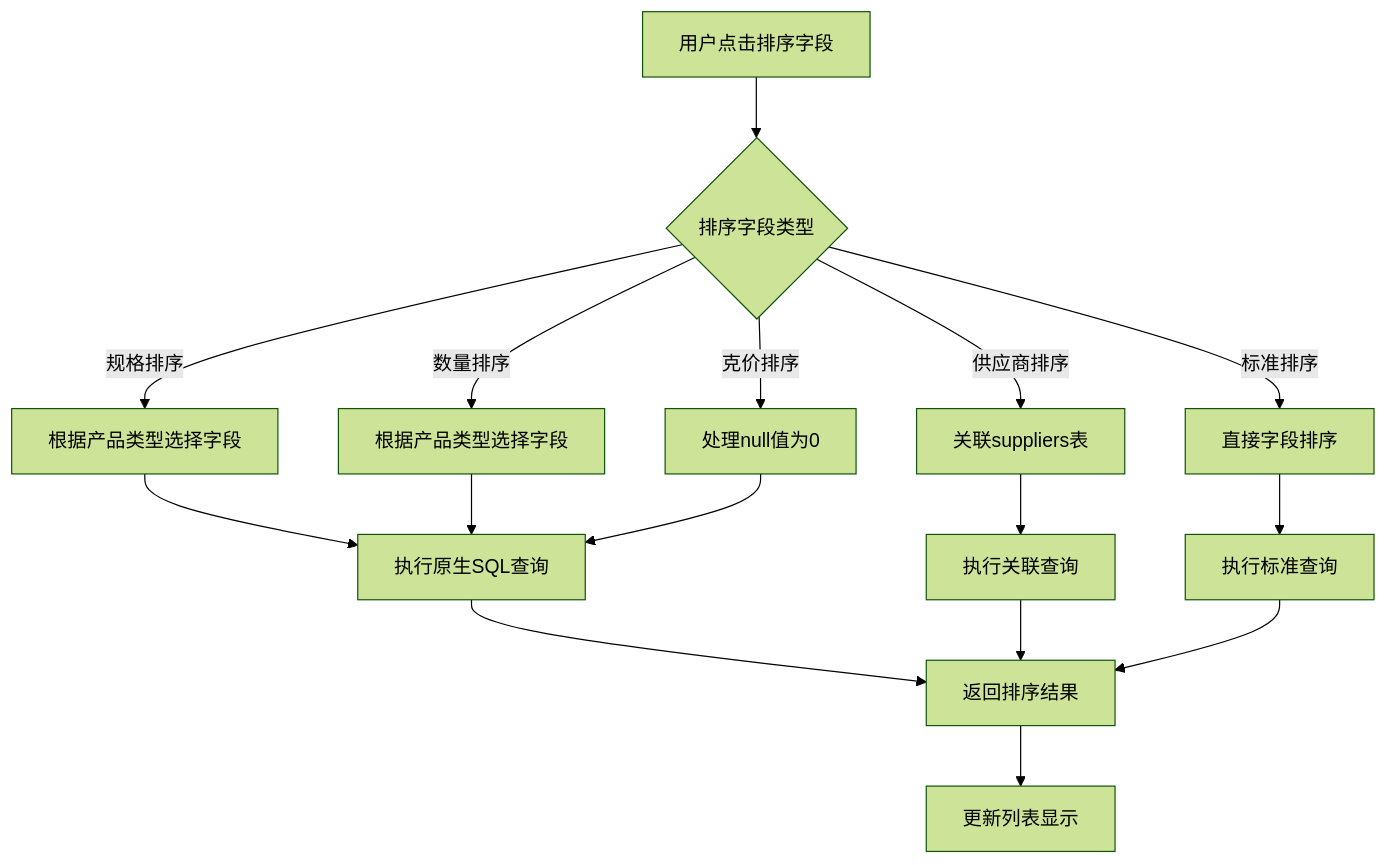
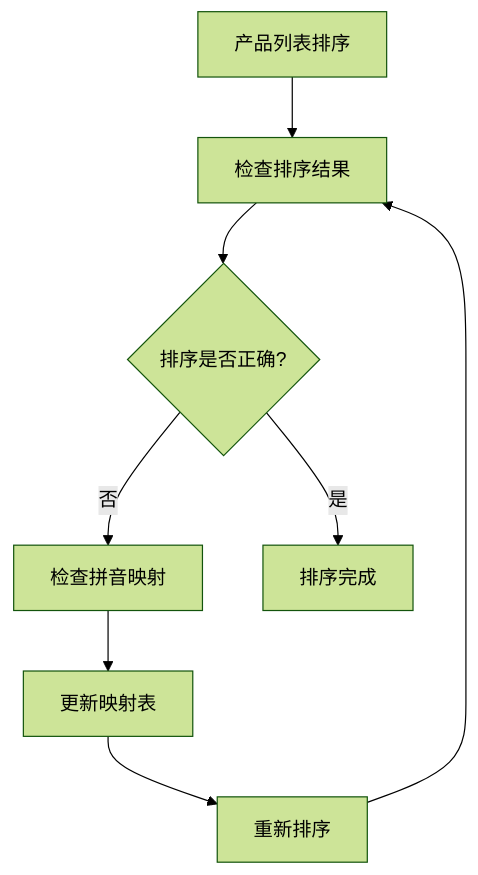
One commit to zhuoweishun/shuijing-erp changed the fourth of 14 diagrams in .trae/documents/05-业务流程详细规范文档.md. Above: the diagram before and after it, drawn with Mermaid (forest theme). The commit also changed other lines of this file and 118 other files, not shown here.

````diff
--- a/.trae/documents/05-业务流程详细规范文档.md
+++ b/.trae/documents/05-业务流程详细规范文档.md
@@ -468,18 +143,10 @@
 ```mermaid
 flowchart TD
-    A[用户点击排序字段] --> B{排序字段类型}
-    B -->|规格排序| C[根据产品类型选择字段]
-    B -->|数量排序| D[根据产品类型选择字段]
-    B -->|克价排序| E[处理null值为0]
-    B -->|供应商排序| F[关联suppliers表]
-    B -->|标准排序| G[直接字段排序]
-    C --> H[执行原生SQL查询]
-    D --> H
-    E --> H
-    F --> I[执行关联查询]
-    G --> J[执行标准查询]
-    H --> K[返回排序结果]
-    I --> K
-    J --> K
-    K --> L[更新列表显示]
+    A[产品列表排序] --> B[检查排序结果]
+    B --> C{排序是否正确?}
+    C -->|否| D[检查拼音映射]
+    D --> E[更新映射表]
+    E --> F[重新排序]
+    F --> B
+    C -->|是| G[排序完成]
 ```
````
